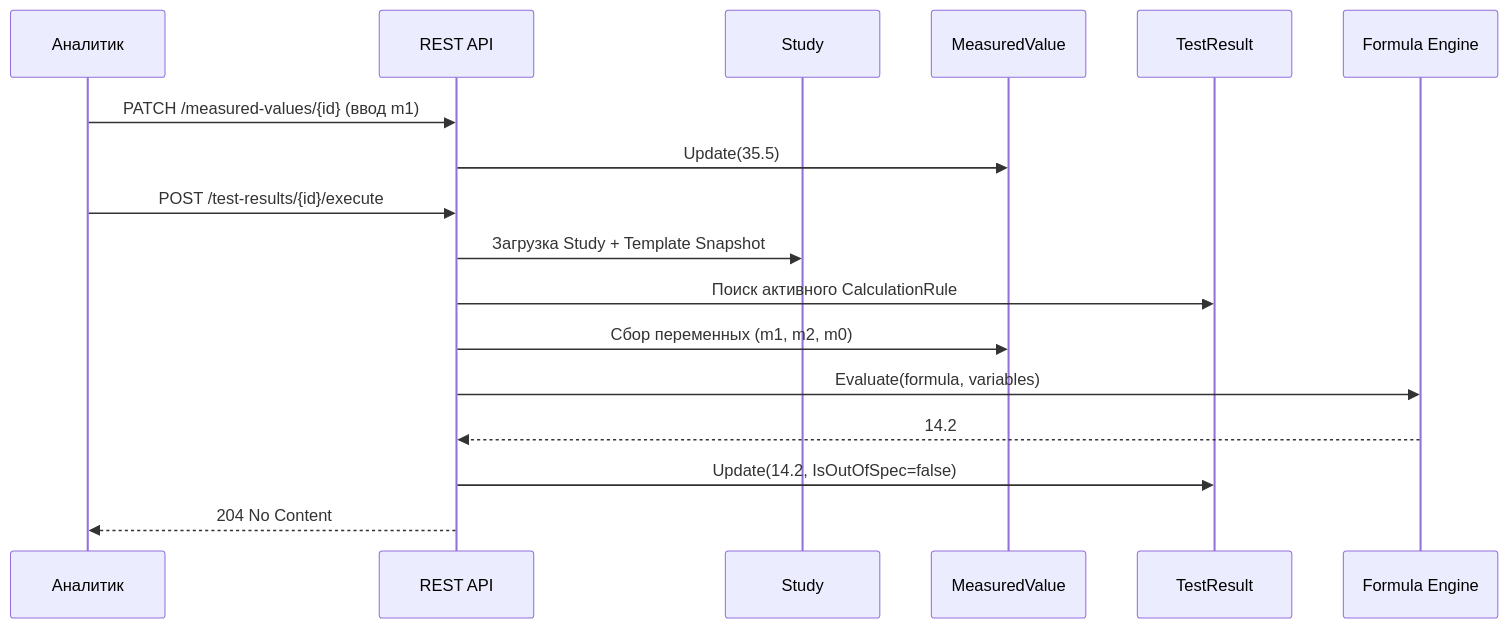
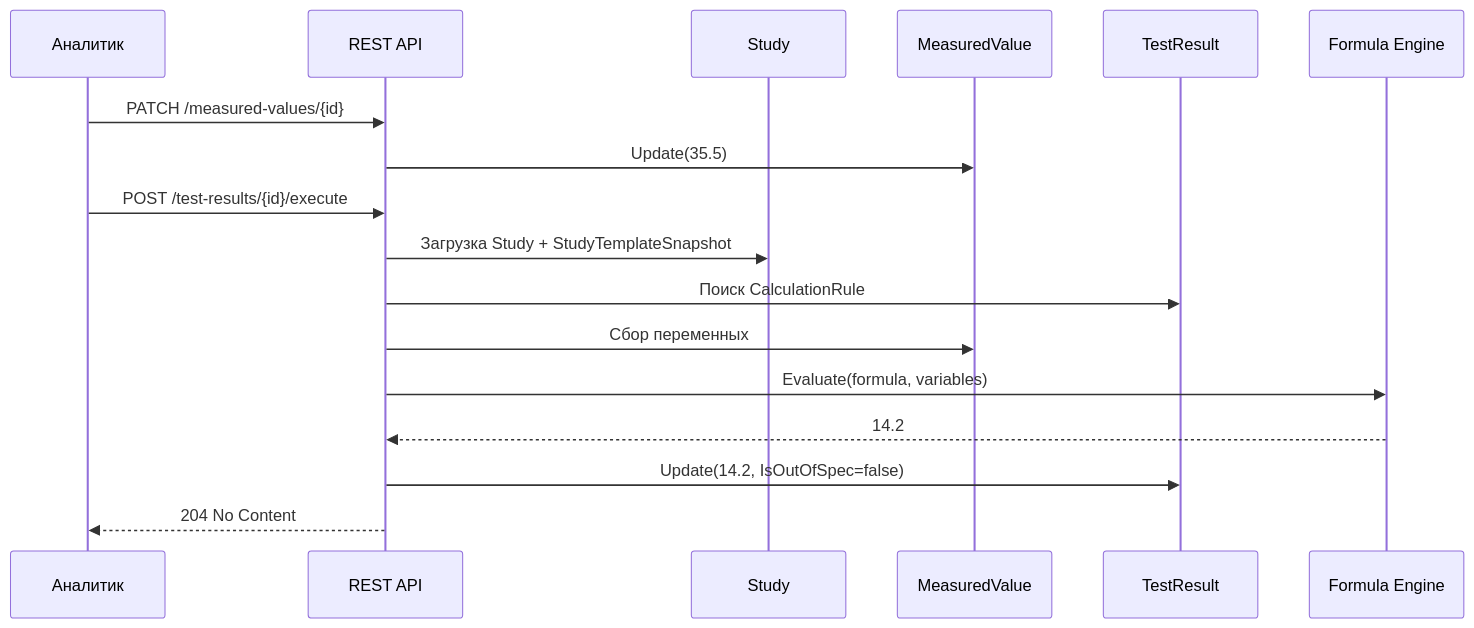
The sixth of 7 diagrams in README.md (SaintEfim/LIMS.DDD), drawn with Mermaid before and after one commit. The commit also changed other lines of this file and 70 other files, not shown here.

````diff
--- a/README.md
+++ b/README.md
@@ -156,21 +470,24 @@
 ```mermaid
 sequenceDiagram
     participant A as Аналитик
     participant API as REST API
     participant S as Study
     participant MV as MeasuredValue
     participant TR as TestResult
     participant E as Formula Engine
 
-    A->>API: PATCH /measured-values/{id} (ввод m1)
+    A->>API: PATCH /measured-values/{id}
     API->>MV: Update(35.5)
 
     A->>API: POST /test-results/{id}/execute
-    API->>S: Загрузка Study + Template Snapshot
-    API->>TR: Поиск активного CalculationRule
-    API->>MV: Сбор переменных (m1, m2, m0)
+
+    API->>S: Загрузка Study + StudyTemplateSnapshot
+    API->>TR: Поиск CalculationRule
+    API->>MV: Сбор переменных
     API->>E: Evaluate(formula, variables)
+
     E-->>API: 14.2
+
     API->>TR: Update(14.2, IsOutOfSpec=false)
     API-->>A: 204 No Content
 ```
````
